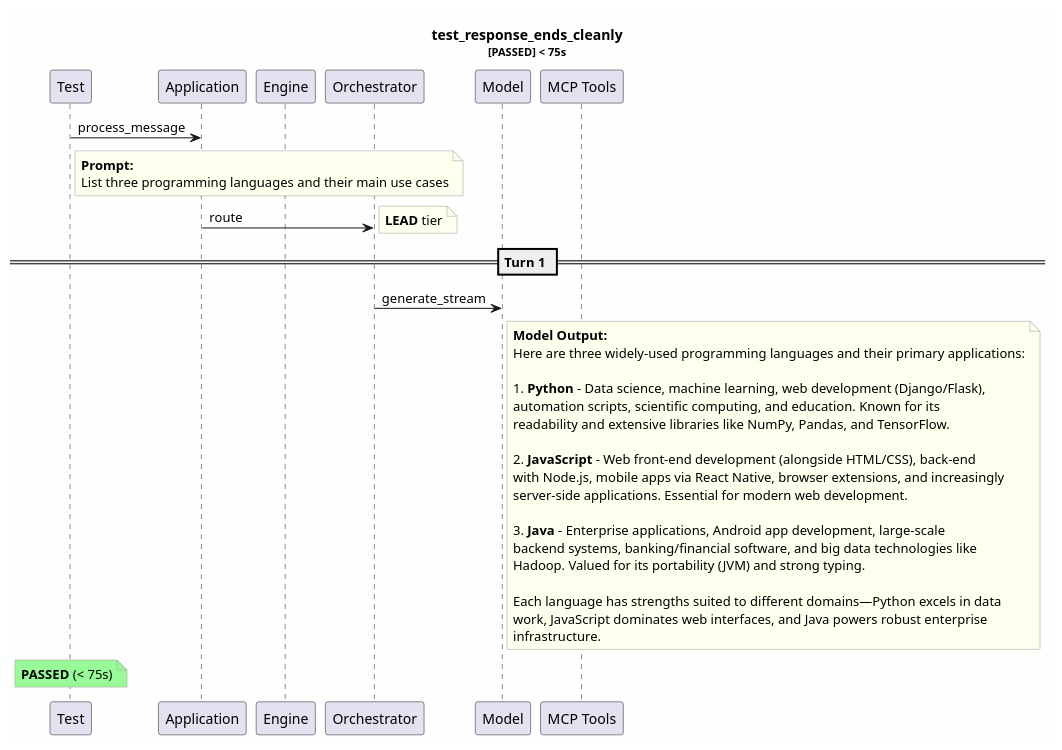
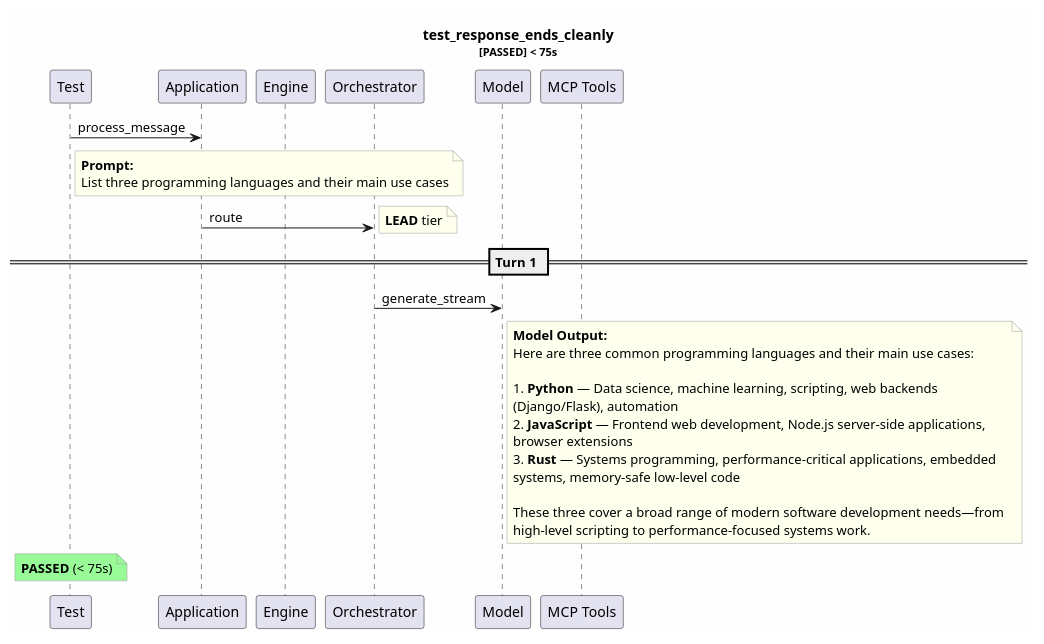
Before and after one commit to tvanfossen/entropic: the diagram in test-reports/logs/test_response_ends_cleanly/test_response_ends_cleanly.puml, drawn with PlantUML. The commit also changed 10 other files, not shown here.

```diff
--- a/test-reports/logs/test_response_ends_cleanly/test_response_ends_cleanly.puml
+++ b/test-reports/logs/test_response_ends_cleanly/test_response_ends_cleanly.puml
@@ -1,47 +1,41 @@
 @startuml
 skinparam backgroundColor #FEFEFE
 skinparam noteBorderColor #999999
 skinparam noteBackgroundColor #FFFFEE
 title test_response_ends_cleanly\n<size:11>[PASSED] < 75s</size>
 
 participant "Test" as T
 participant "Application" as App
 participant "Engine" as Eng
 participant "Orchestrator" as Orch
 participant "Model" as Mdl
 participant "MCP Tools" as MCP
 
 T -> App: process_message
 note right of T
   **Prompt:**
   List three programming languages and their main use cases
 end note
 App -> Orch: route
 note right: **LEAD** tier
 == Turn 1 ==
 Orch -> Mdl: generate_stream
 note right of Mdl
   **Model Output:**
-  Here are three widely-used programming languages and their primary applications:
+  Here are three common programming languages and their main use cases:
   
-  1. **Python** - Data science, machine learning, web development (Django/Flask), 
-  automation scripts, scientific computing, and education. Known for its 
-  readability and extensive libraries like NumPy, Pandas, and TensorFlow.
+  1. **Python** — Data science, machine learning, scripting, web backends 
+  (Django/Flask), automation
+  2. **JavaScript** — Frontend web development, Node.js server-side applications, 
+  browser extensions
+  3. **Rust** — Systems programming, performance-critical applications, embedded 
+  systems, memory-safe low-level code
   
-  2. **JavaScript** - Web front-end development (alongside HTML/CSS), back-end 
-  with Node.js, mobile apps via React Native, browser extensions, and increasingly
-  server-side applications. Essential for modern web development.
-  
-  3. **Java** - Enterprise applications, Android app development, large-scale 
-  backend systems, banking/financial software, and big data technologies like 
-  Hadoop. Valued for its portability (JVM) and strong typing.
-  
-  Each language has strengths suited to different domains—Python excels in data 
-  work, JavaScript dominates web interfaces, and Java powers robust enterprise 
-  infrastructure.
+  These three cover a broad range of modern software development needs—from 
+  high-level scripting to performance-focused systems work.
 end note
 note over T #palegreen
   **PASSED** (< 75s)
 end note
 
 @enduml
```
